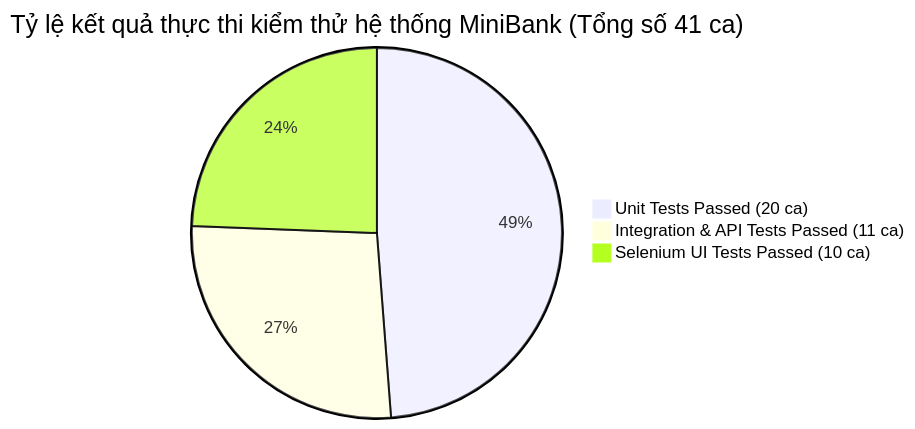
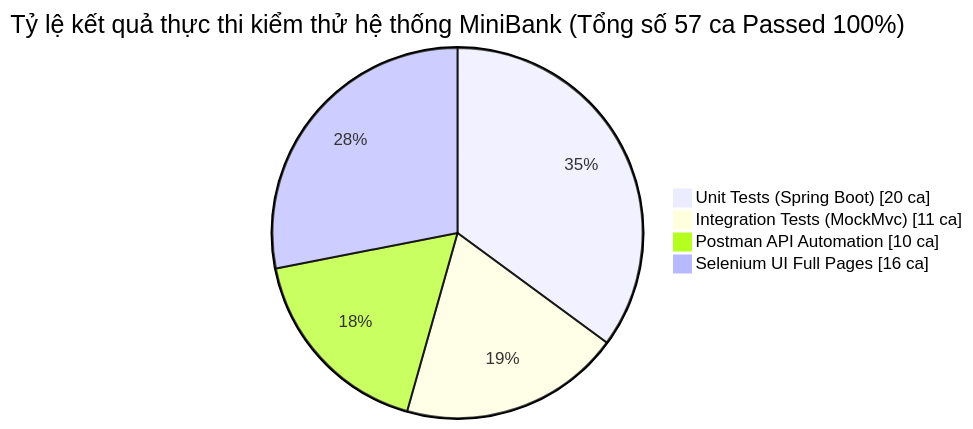
Before and after one commit to ngthanhs1/Kiemthu_MiniBank: diagram 24 of 26 in BAO_CAO_KIEM_DINH_CHAT_LUONG_PHAN_MEM_MINIBANK.md, drawn with Mermaid. The commit also changed other lines of this file and 27 other files, not shown here.

Commit message:
update các bộ ca kiểm thử 57/57 passed and tai lieu bao new

````diff
--- a/BAO_CAO_KIEM_DINH_CHAT_LUONG_PHAN_MEM_MINIBANK.md
+++ b/BAO_CAO_KIEM_DINH_CHAT_LUONG_PHAN_MEM_MINIBANK.md
@@ -1877,6 +2095,7 @@
 ```mermaid
-pie title Tỷ lệ kết quả thực thi kiểm thử hệ thống MiniBank (Tổng số 41 ca)
-    "Unit Tests Passed (20 ca)" : 20
-    "Integration & API Tests Passed (11 ca)" : 11
-    "Selenium UI Tests Passed (10 ca)" : 10
+pie title Tỷ lệ kết quả thực thi kiểm thử hệ thống MiniBank (Tổng số 57 ca Passed 100%)
+    "Unit Tests (Spring Boot) [20 ca]" : 20
+    "Integration Tests (MockMvc) [11 ca]" : 11
+    "Postman API Automation [10 ca]" : 10
+    "Selenium UI Full Pages [16 ca]" : 16
 ```
````
